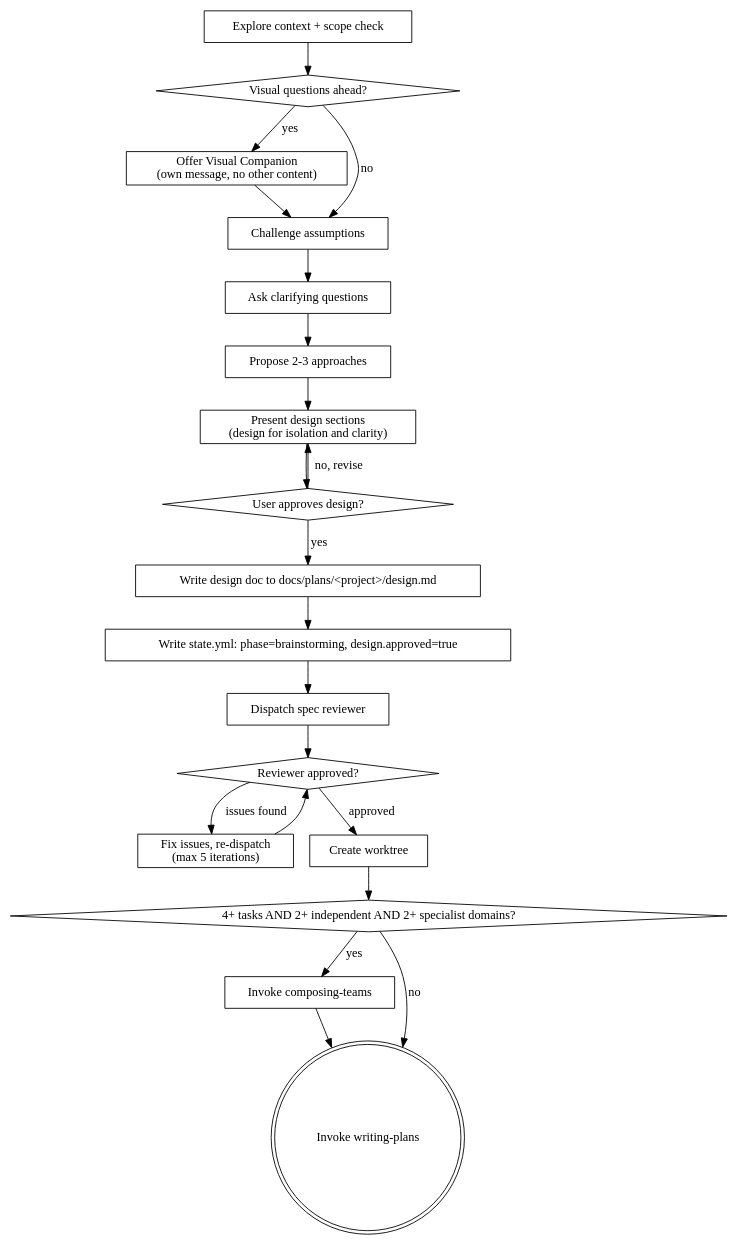
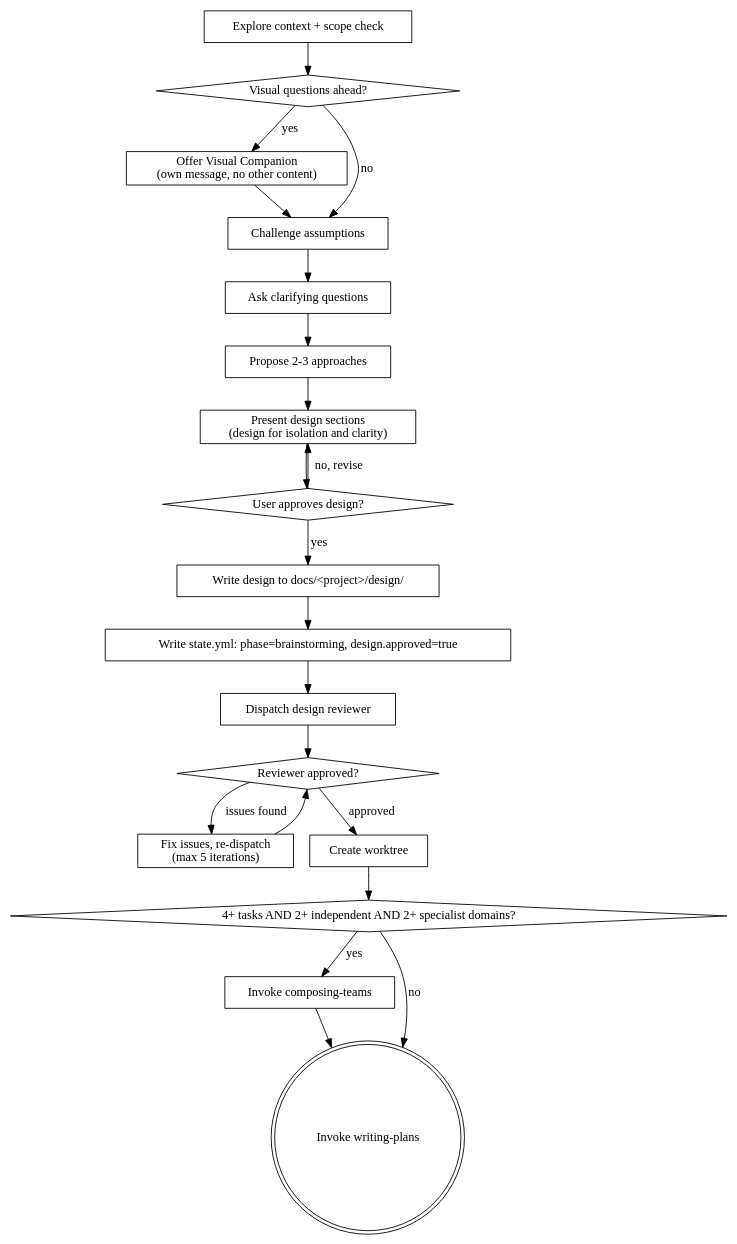
The diagram in skills/brainstorming/SKILL.md (rahulsc/superpowers), drawn with Graphviz before and after one commit. The commit also changed other lines of this file and 33 other files, not shown here.

First line of the commit message:
refactor: restructure doc paths to docs/<project>/{design/,plans/}

````diff
--- a/skills/brainstorming/SKILL.md
+++ b/skills/brainstorming/SKILL.md
@@ -45,42 +45,42 @@
 ```dot
 digraph brainstorming {
     "Explore context + scope check" [shape=box];
     "Visual questions ahead?" [shape=diamond];
     "Offer Visual Companion\n(own message, no other content)" [shape=box];
     "Challenge assumptions" [shape=box];
     "Ask clarifying questions" [shape=box];
     "Propose 2-3 approaches" [shape=box];
     "Present design sections\n(design for isolation and clarity)" [shape=box];
     "User approves design?" [shape=diamond];
-    "Write design doc to docs/plans/<project>/design.md" [shape=box];
+    "Write design to docs/<project>/design/" [shape=box];
     "Write state.yml: phase=brainstorming, design.approved=true" [shape=box];
-    "Dispatch spec reviewer" [shape=box];
+    "Dispatch design reviewer" [shape=box];
     "Reviewer approved?" [shape=diamond];
     "Fix issues, re-dispatch\n(max 5 iterations)" [shape=box];
     "Create worktree" [shape=box];
     "4+ tasks AND 2+ independent AND 2+ specialist domains?" [shape=diamond];
     "Invoke composing-teams" [shape=box];
     "Invoke writing-plans" [shape=doublecircle];
 
     "Explore context + scope check" -> "Visual questions ahead?";
     "Visual questions ahead?" -> "Offer Visual Companion\n(own message, no other content)" [label="yes"];
     "Visual questions ahead?" -> "Challenge assumptions" [label="no"];
     "Offer Visual Companion\n(own message, no other content)" -> "Challenge assumptions";
     "Challenge assumptions" -> "Ask clarifying questions";
     "Ask clarifying questions" -> "Propose 2-3 approaches";
     "Propose 2-3 approaches" -> "Present design sections\n(design for isolation and clarity)";
     "Present design sections\n(design for isolation and clarity)" -> "User approves design?";
     "User approves design?" -> "Present design sections\n(design for isolation and clarity)" [label="no, revise"];
-    "User approves design?" -> "Write design doc to docs/plans/<project>/design.md" [label="yes"];
-    "Write design doc to docs/plans/<project>/design.md" -> "Write state.yml: phase=brainstorming, design.approved=true";
-    "Write state.yml: phase=brainstorming, design.approved=true" -> "Dispatch spec reviewer";
-    "Dispatch spec reviewer" -> "Reviewer approved?";
+    "User approves design?" -> "Write design to docs/<project>/design/" [label="yes"];
+    "Write design to docs/<project>/design/" -> "Write state.yml: phase=brainstorming, design.approved=true";
+    "Write state.yml: phase=brainstorming, design.approved=true" -> "Dispatch design reviewer";
+    "Dispatch design reviewer" -> "Reviewer approved?";
     "Reviewer approved?" -> "Fix issues, re-dispatch\n(max 5 iterations)" [label="issues found"];
     "Reviewer approved?" -> "Create worktree" [label="approved"];
     "Fix issues, re-dispatch\n(max 5 iterations)" -> "Reviewer approved?";
     "Create worktree" -> "4+ tasks AND 2+ independent AND 2+ specialist domains?";
     "4+ tasks AND 2+ independent AND 2+ specialist domains?" -> "Invoke composing-teams" [label="yes"];
     "4+ tasks AND 2+ independent AND 2+ specialist domains?" -> "Invoke writing-plans" [label="no"];
     "Invoke composing-teams" -> "Invoke writing-plans";
 }
 ```
````
